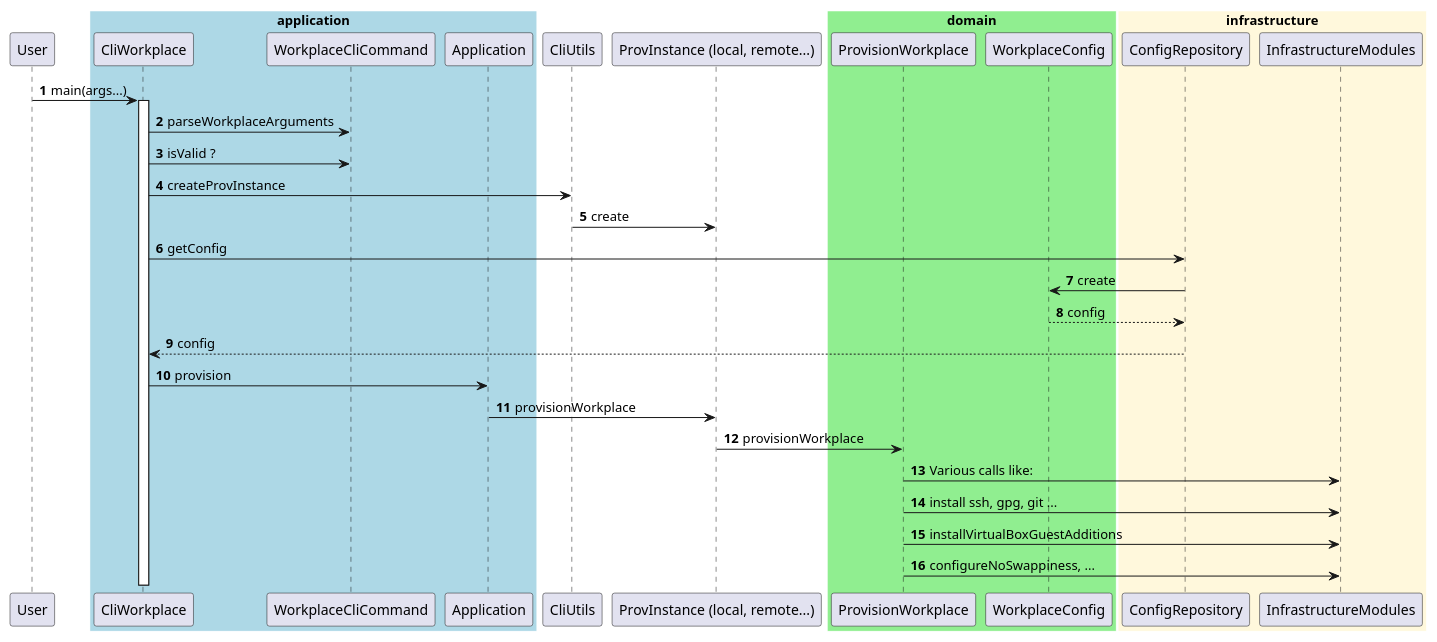
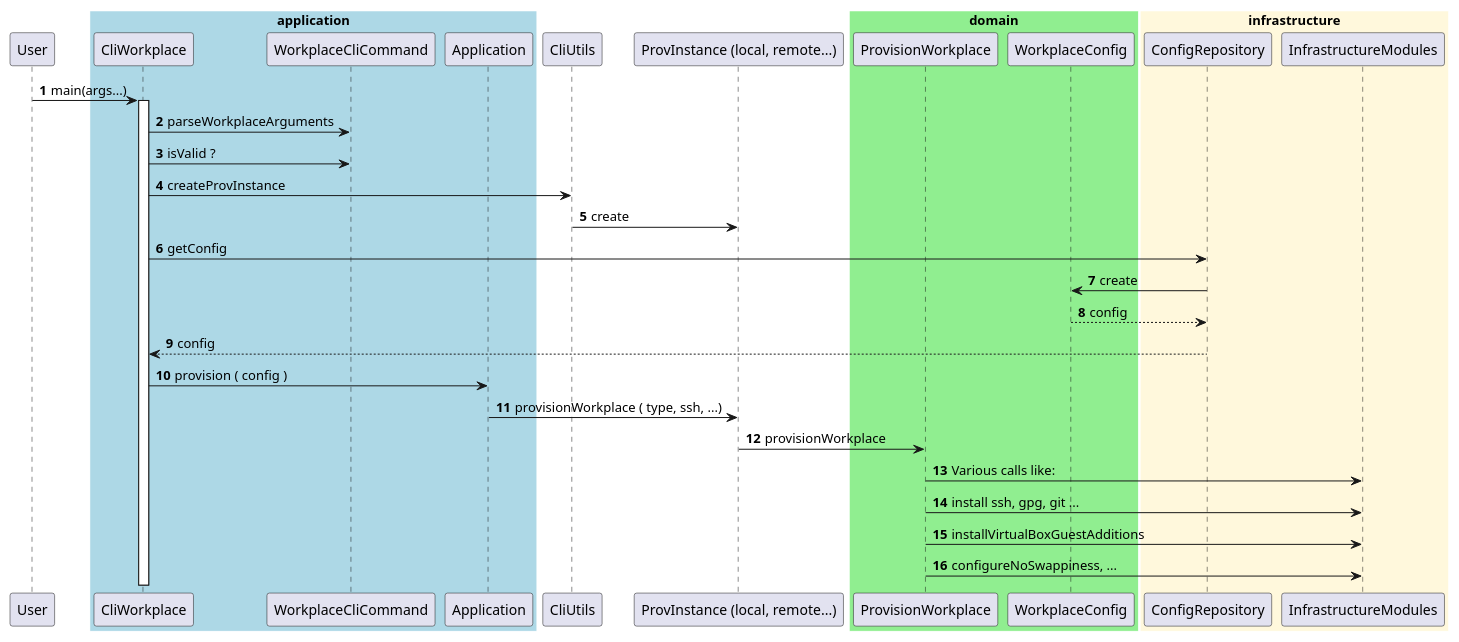
The diagram in docs/CliApplication.puml (DomainDrivenArchitecture/provs), drawn with PlantUML before and after one commit. The commit also changed 2 other files, not shown here.

Commit message:
refactoring workplace Application.kt & improve CliApplication.puml

```diff
--- a/docs/CliApplication.puml
+++ b/docs/CliApplication.puml
@@ -1,64 +1,64 @@
 @startuml
 
 autonumber
 
 skinparam sequenceBox {
      borderColor White
 }
 
 participant User
 
 box "application" #LightBlue
 
 participant CliWorkplace
 participant WorkplaceCliCommand
 participant Application
 
 end box
 
 box  #White
 
 participant CliUtils
 participant "ProvInstance (local, remote...)" as ProvInstance
 
 end box
 
 box "domain" #LightGreen
 
 participant ProvisionWorkplace
 participant WorkplaceConfig
 
 end box
 
 box "infrastructure" #CornSilk
 
 participant ConfigRepository
 participant InfrastructureModules
 
 end box
 
 
 User -> CliWorkplace ++ : main(args...)
 
 CliWorkplace -> WorkplaceCliCommand : parseWorkplaceArguments
 
 CliWorkplace -> WorkplaceCliCommand : isValid ?
 
 CliWorkplace -> CliUtils : createProvInstance
 ProvInstance <- CliUtils : create
 
 CliWorkplace -> ConfigRepository : getConfig
 WorkplaceConfig <- ConfigRepository : create
 WorkplaceConfig --> ConfigRepository : config
 CliWorkplace <-- ConfigRepository : config
 
-CliWorkplace -> Application : provision
-Application -> ProvInstance : provisionWorkplace
+CliWorkplace -> Application : provision ( config )
+Application -> ProvInstance : provisionWorkplace ( type, ssh, ...)
 ProvInstance -> ProvisionWorkplace : provisionWorkplace
 
 ProvisionWorkplace -> InfrastructureModules: Various calls like:
 ProvisionWorkplace -> InfrastructureModules: install ssh, gpg, git ...
 ProvisionWorkplace -> InfrastructureModules: installVirtualBoxGuestAdditions
 ProvisionWorkplace -> InfrastructureModules: configureNoSwappiness, ...
 
 @enduml
```
